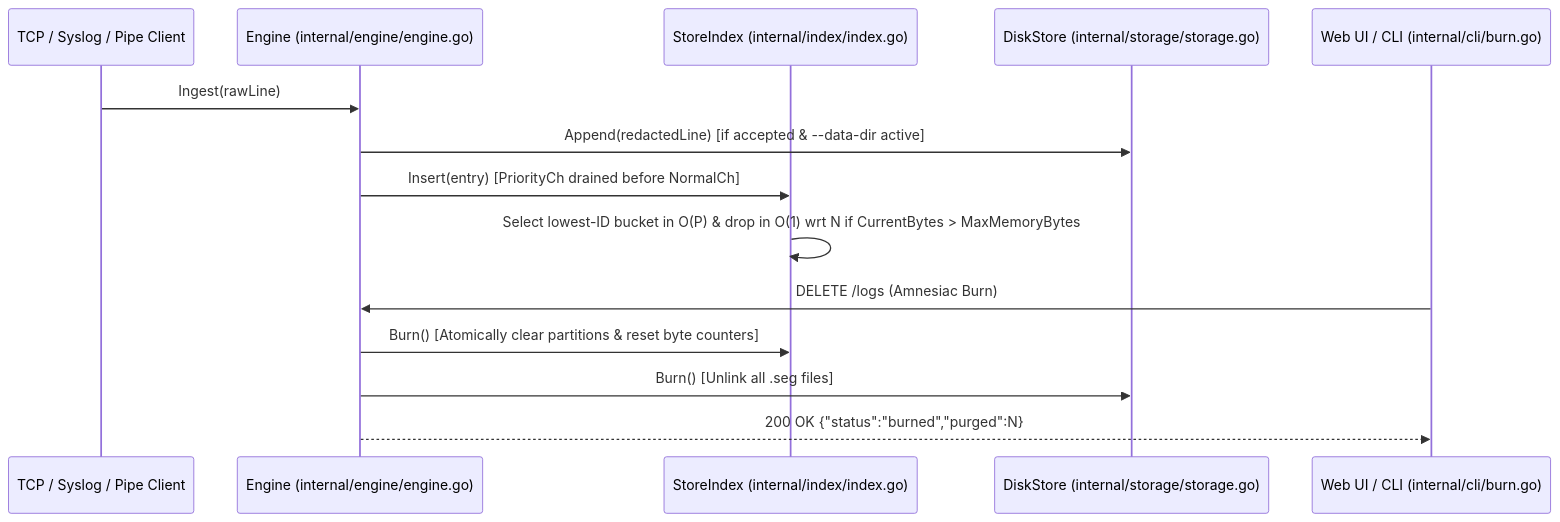
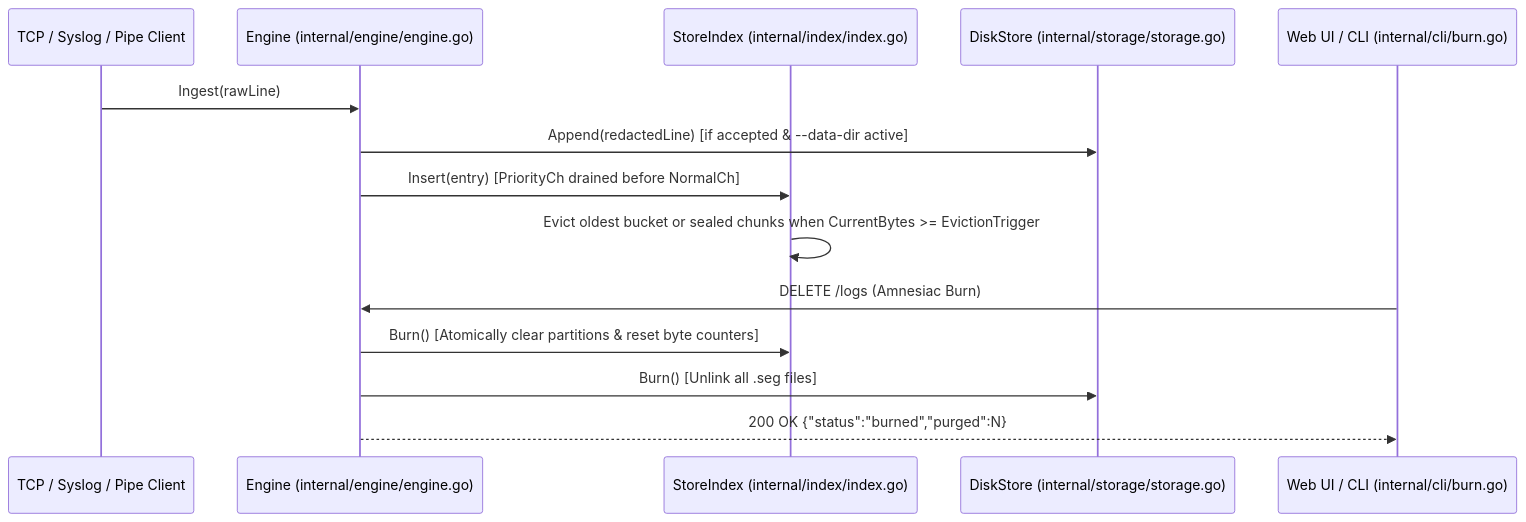
One commit to knowthankyew/genesis changed the second of 2 diagrams in docs/ARCHITECTURE.md. Above: the diagram before and after it, drawn with Mermaid. The commit also changed other lines of this file and 9 other files, not shown here.

````diff
--- a/docs/ARCHITECTURE.md
+++ b/docs/ARCHITECTURE.md
@@ -78,17 +78,17 @@
 ```mermaid
 sequenceDiagram
     participant Client as TCP / Syslog / Pipe Client
     participant Engine as Engine (internal/engine/engine.go)
     participant Index as StoreIndex (internal/index/index.go)
     participant Disk as DiskStore (internal/storage/storage.go)
     participant User as Web UI / CLI (internal/cli/burn.go)
 
     Client->>Engine: Ingest(rawLine)
     Engine->>Disk: Append(redactedLine) [if accepted & --data-dir active]
     Engine->>Index: Insert(entry) [PriorityCh drained before NormalCh]
-    Index->>Index: Select lowest-ID bucket in O(P) & drop in O(1) wrt N if CurrentBytes > MaxMemoryBytes
+    Index->>Index: Evict oldest bucket or sealed chunks when CurrentBytes >= EvictionTrigger
     User->>Engine: DELETE /logs (Amnesiac Burn)
     Engine->>Index: Burn() [Atomically clear partitions & reset byte counters]
     Engine->>Disk: Burn() [Unlink all .seg files]
     Engine-->>User: 200 OK {"status":"burned","purged":N}
 ```
````
